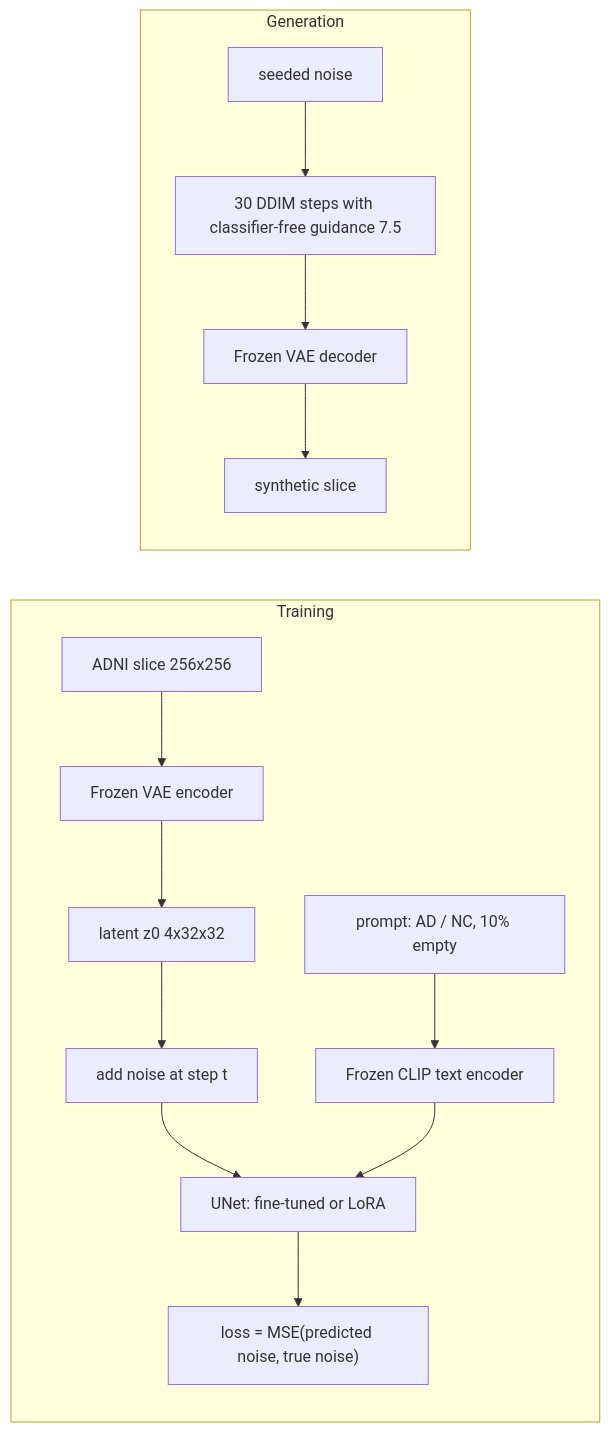
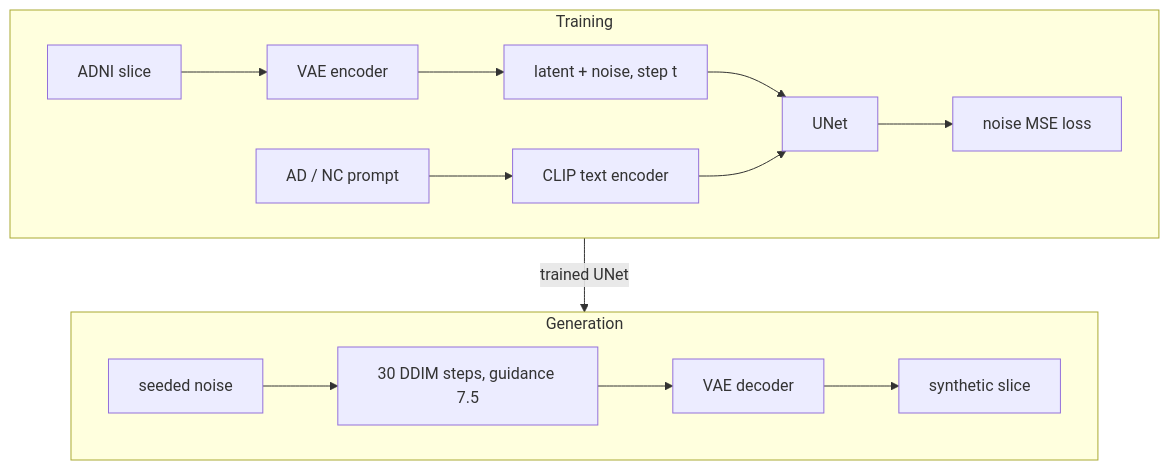
The diagram in recognition/sd_adni_liquidtoy001/README.md (liquidtoy001/PatternAnalysis-2026), drawn with Mermaid before and after one commit.

Commit message:
Lay out the README pipeline diagram as two stacked rows
Training above generation, each left to right, with shorter labels, so
the figure stays readable on GitHub and in the A4 PDF export.

````diff
--- a/recognition/sd_adni_liquidtoy001/README.md
+++ b/recognition/sd_adni_liquidtoy001/README.md
@@ -35,12 +35,14 @@
 ```mermaid
-flowchart LR
+flowchart TB
     subgraph Training
-        X[ADNI slice 256x256] --> E[Frozen VAE encoder] --> Z0[latent z0 4x32x32]
-        Z0 --> N[add noise at step t] --> U[UNet: fine-tuned or LoRA]
-        P["prompt: AD / NC, 10% empty"] --> T[Frozen CLIP text encoder] --> U
-        U --> L["loss = MSE(predicted noise, true noise)"]
+        direction LR
+        X[ADNI slice] --> E[VAE encoder] --> N["latent + noise, step t"] --> U[UNet]
+        P["AD / NC prompt"] --> T[CLIP text encoder] --> U
+        U --> L[noise MSE loss]
     end
     subgraph Generation
-        R[seeded noise] --> D[30 DDIM steps with classifier-free guidance 7.5] --> V[Frozen VAE decoder] --> S[synthetic slice]
+        direction LR
+        R[seeded noise] --> D["30 DDIM steps, guidance 7.5"] --> V[VAE decoder] --> S[synthetic slice]
     end
+    Training -- "trained UNet" --> Generation
 ```
````
